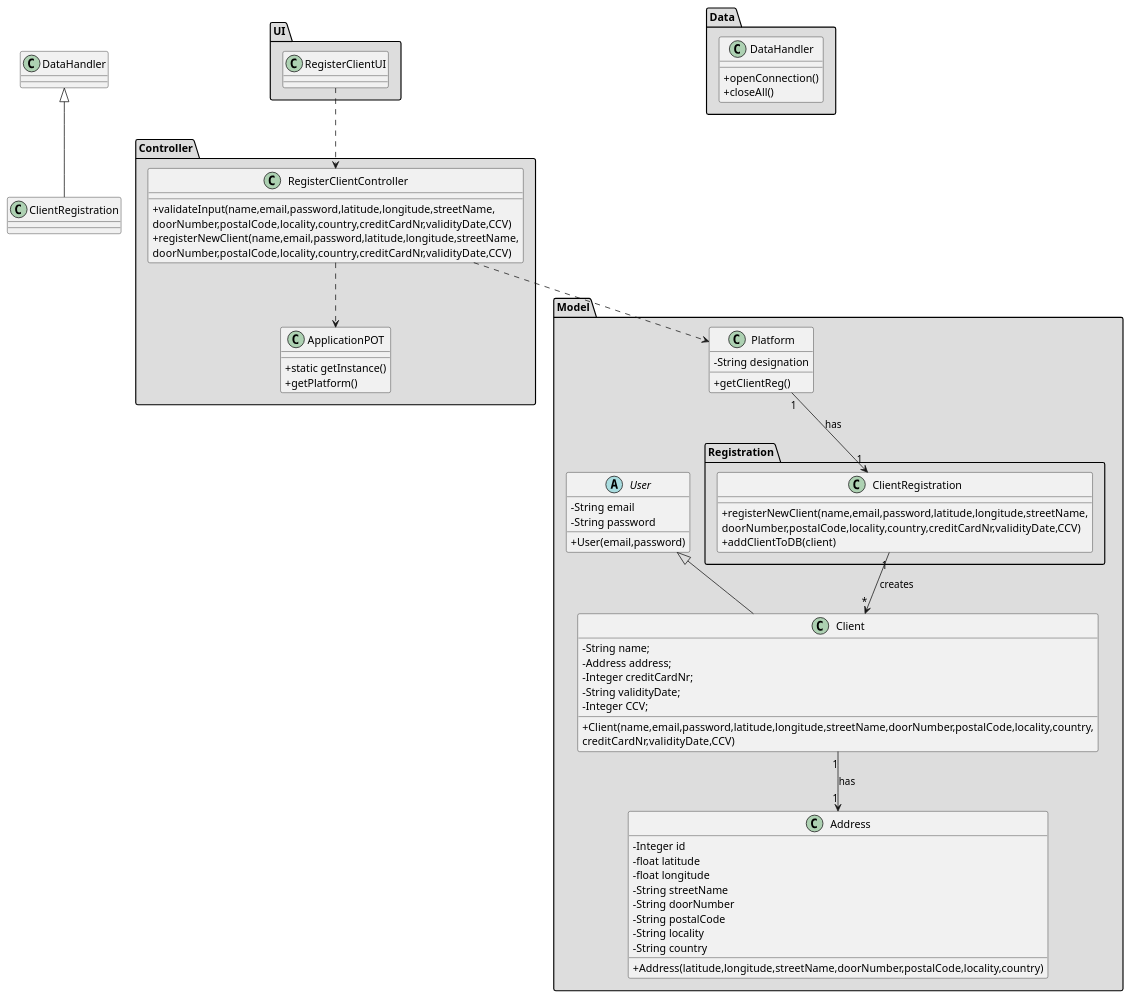
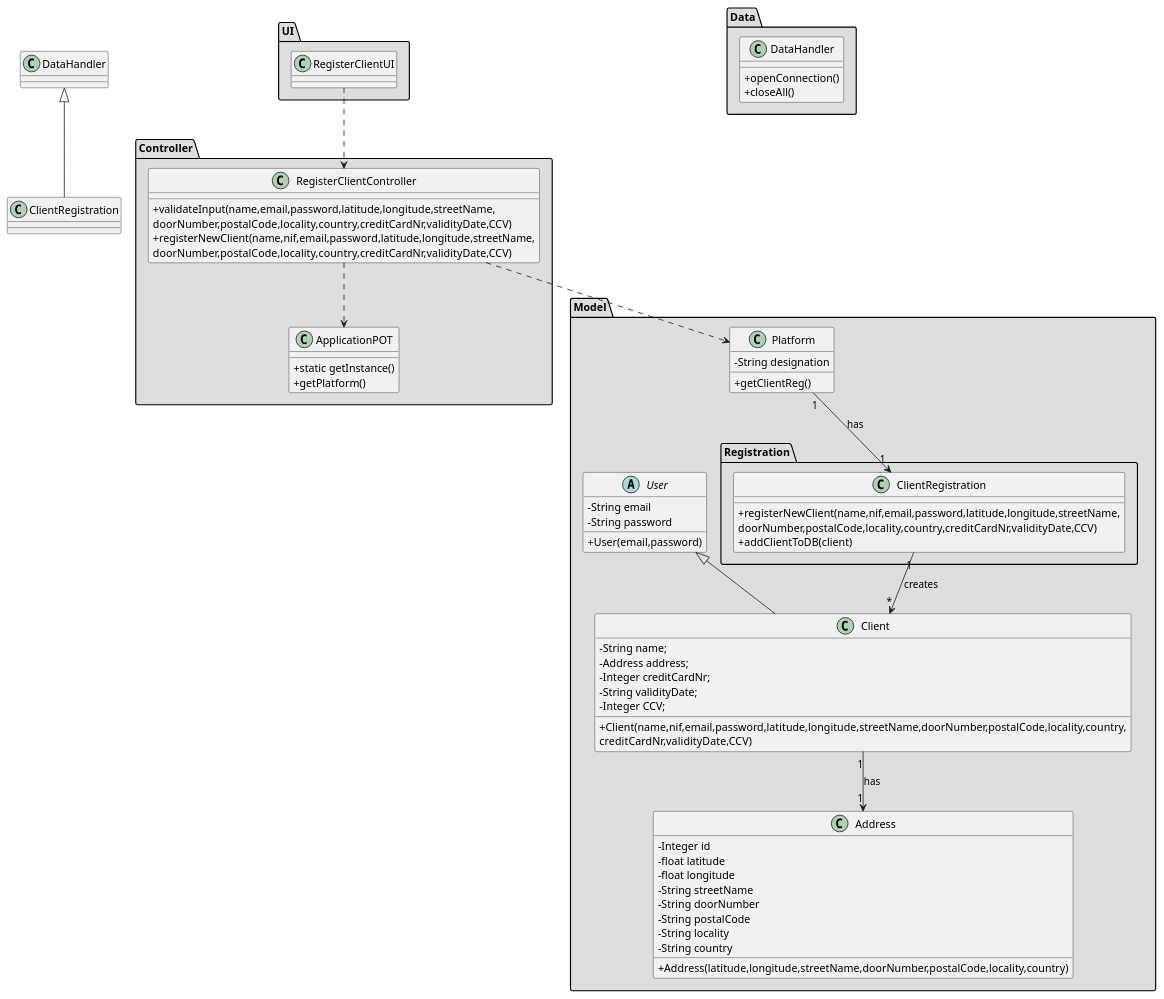
Before and after one commit to tiagoavcosta25/LAPR3: the diagram in docs/Iteration 1/User Management/US18_RegisterClient/US18_CD.puml, drawn with PlantUML. The commit also changed 8 other files, not shown here.

Commit message:
LAPR2AP2_18 #fix Register Client [Design] [Implementation]

```diff
--- a/docs/Iteration 1/User Management/US18_RegisterClient/US18_CD.puml
+++ b/docs/Iteration 1/User Management/US18_RegisterClient/US18_CD.puml
@@ -1,97 +1,97 @@
 @startuml
 skinparam classAttributeIconSize 0
 
 
 package "Controller" #DDDDDD {
 class ApplicationPOT
 {
   +static getInstance()
   +getPlatform()
 }
 }
 
 
 package "UI" #DDDDDD {
 class RegisterClientUI{
 
 }
 }
 
 
 package "Controller" #DDDDDD {
 class RegisterClientController{
 +validateInput(name,email,password,latitude,longitude,streetName,\ndoorNumber,postalCode,locality,country,creditCardNr,validityDate,CCV)
-+registerNewClient(name,email,password,latitude,longitude,streetName,\ndoorNumber,postalCode,locality,country,creditCardNr,validityDate,CCV)
++registerNewClient(name,nif,email,password,latitude,longitude,streetName,\ndoorNumber,postalCode,locality,country,creditCardNr,validityDate,CCV)
 }
 }
 
 
 package "Model" #DDDDDD {
 class Platform {
   -String designation
   +getClientReg()
 }
 package "Registration" #DDDDDD {
  class ClientRegistration{
- +registerNewClient(name,email,password,latitude,longitude,streetName,\ndoorNumber,postalCode,locality,country,creditCardNr,validityDate,CCV)
+ +registerNewClient(name,nif,email,password,latitude,longitude,streetName,\ndoorNumber,postalCode,locality,country,creditCardNr,validityDate,CCV)
  +addClientToDB(client)
  }
  }
 }
 
 
 
 
 package "Model" #DDDDDD {
 abstract class User{
 -String email
 -String password
 +User(email,password)
 }
 
 class Client extends User
 
 class Client{
 -String name;
 -Address address;
 -Integer creditCardNr;
 -String validityDate;
 -Integer CCV;
-+Client(name,email,password,latitude,longitude,streetName,doorNumber,postalCode,locality,country,
++Client(name,nif,email,password,latitude,longitude,streetName,doorNumber,postalCode,locality,country,
                         creditCardNr,validityDate,CCV)
 }
 
 class Address{
 -Integer id
 -float latitude
 -float longitude
 -String streetName
 -String doorNumber
 -String postalCode
 -String locality
 -String country
 +Address(latitude,longitude,streetName,doorNumber,postalCode,locality,country)
 }
 
 }
 
 
 package "Data" #DDDDDD {
 class DataHandler{
 +openConnection()
 +closeAll()
 }
 
 }
 
 
 RegisterClientUI ..> RegisterClientController
 RegisterClientController ..> Platform
 RegisterClientController ..> ApplicationPOT
 Platform "1" --> "1" ClientRegistration : has
 ClientRegistration "1" --> "*" Client : creates
 class ClientRegistration extends DataHandler
 Client "1" --> "1" Address : has
 
 
 @enduml
```
